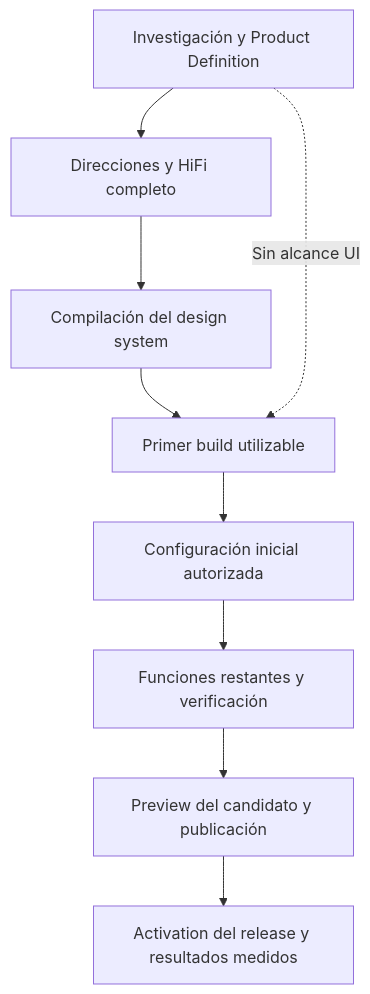
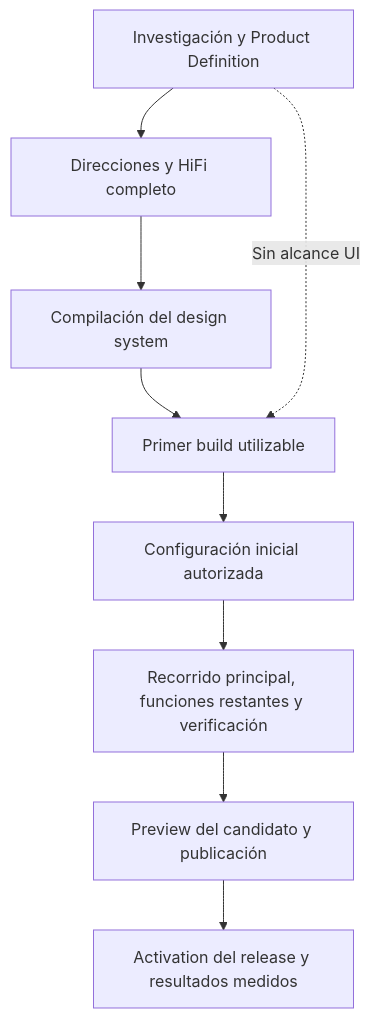
The first of 4 diagrams in README.es.md (Phlegonlabs/product-delivery-harness), drawn with Mermaid before and after one commit. The commit also changed other lines of this file and 8 other files, not shown here.

````diff
--- a/README.es.md
+++ b/README.es.md
@@ -77,11 +77,11 @@
 ```mermaid
 flowchart TD
   P[Investigación y Product Definition] --> U[Direcciones y HiFi completo]
   U --> D[Compilación del design system]
   D --> B[Primer build utilizable]
   P -. Sin alcance UI .-> B
   B --> F[Configuración inicial autorizada]
-  F --> I[Funciones restantes y verificación]
+  F --> I[Recorrido principal, funciones restantes y verificación]
   I --> R[Preview del candidato y publicación]
   R --> A[Activation del release y resultados medidos]
 ```
````
